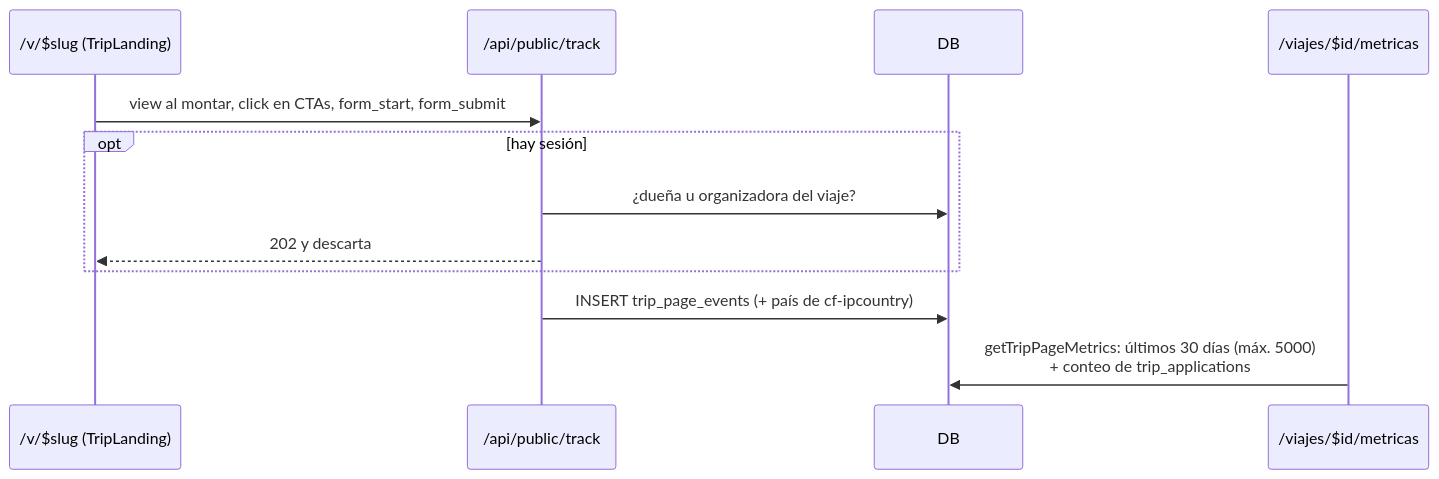
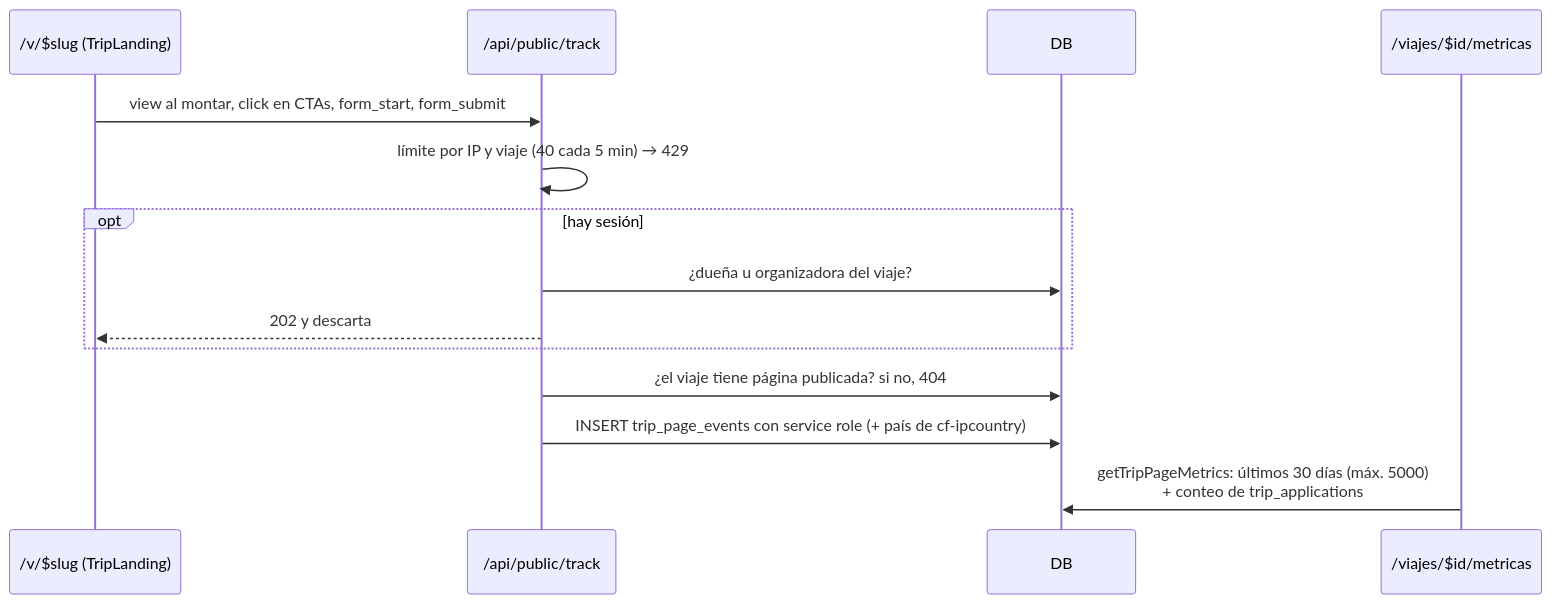
One commit to gaby26203/planeii changed diagram 20 of 20 in docs/flujos.md. Above: the diagram before and after it, drawn with Mermaid. The commit also changed other lines of this file and 10 other files, not shown here.

````diff
--- a/docs/flujos.md
+++ b/docs/flujos.md
@@ -496,14 +496,16 @@
 ```mermaid
 sequenceDiagram
   participant P as /v/$slug (TripLanding)
   participant T as /api/public/track
   participant DB
   participant M as /viajes/$id/metricas
   P->>T: view al montar, click en CTAs, form_start, form_submit
+  T->>T: límite por IP y viaje (40 cada 5 min) → 429
   opt hay sesión
     T->>DB: ¿dueña u organizadora del viaje?
     T-->>P: 202 y descarta
   end
-  T->>DB: INSERT trip_page_events (+ país de cf-ipcountry)
+  T->>DB: ¿el viaje tiene página publicada? si no, 404
+  T->>DB: INSERT trip_page_events con service role (+ país de cf-ipcountry)
   M->>DB: getTripPageMetrics: últimos 30 días (máx. 5000)<br/>+ conteo de trip_applications
 ```
````
